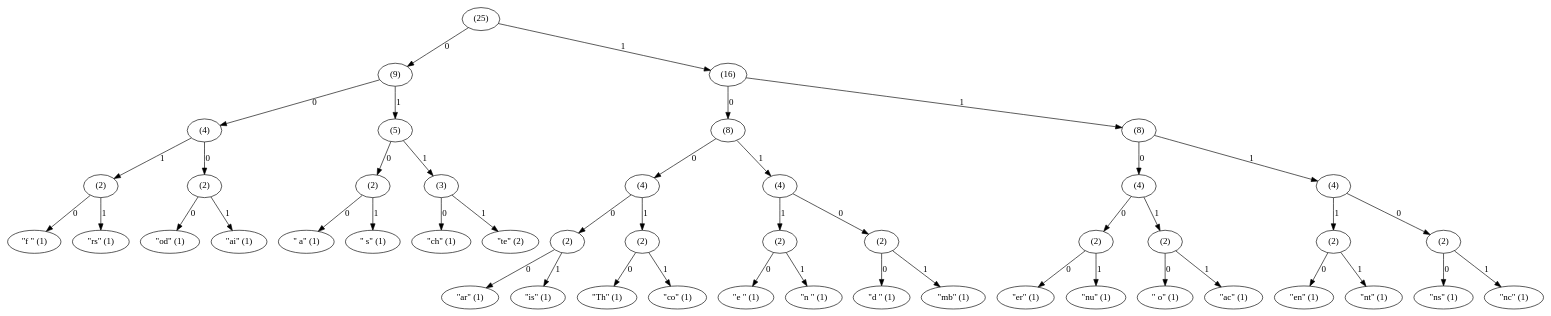
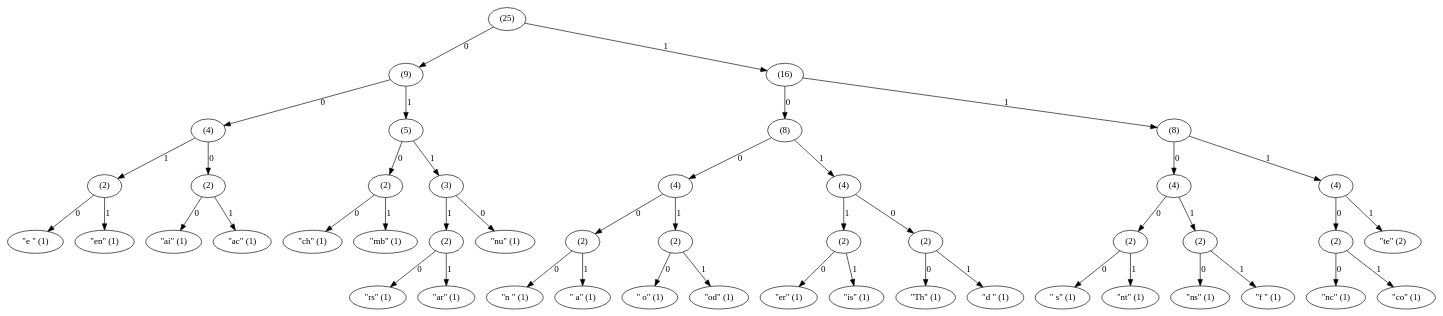
The diagram in examples/double-odd.dot (dgoffredo/huffer), drawn with Graphviz before and after one commit. The commit also changed 14 other files, not shown here.

```diff
--- a/examples/double-odd.dot
+++ b/examples/double-odd.dot
@@ -1,96 +1,96 @@
 # Input has 1 extra trailing bytes: 0x2e
 digraph {
+  leaf_0x7273 [label="\"rs\" (1)"];
+  leaf_0x6172 [label="\"ar\" (1)"];
+  internal_0 -> leaf_0x7273 [label="0"];
+  internal_0 -> leaf_0x6172 [label="1"];
+  leaf_0x6368 [label="\"ch\" (1)"];
+  leaf_0x6d62 [label="\"mb\" (1)"];
+  internal_1 -> leaf_0x6368 [label="0"];
+  internal_1 -> leaf_0x6d62 [label="1"];
+  leaf_0x6e20 [label="\"n \" (1)"];
   leaf_0x2061 [label="\" a\" (1)"];
+  internal_2 -> leaf_0x6e20 [label="0"];
+  internal_2 -> leaf_0x2061 [label="1"];
+  leaf_0x6520 [label="\"e \" (1)"];
+  leaf_0x656e [label="\"en\" (1)"];
+  internal_3 -> leaf_0x6520 [label="0"];
+  internal_3 -> leaf_0x656e [label="1"];
+  leaf_0x6169 [label="\"ai\" (1)"];
+  leaf_0x6163 [label="\"ac\" (1)"];
+  internal_4 -> leaf_0x6169 [label="0"];
+  internal_4 -> leaf_0x6163 [label="1"];
   leaf_0x2073 [label="\" s\" (1)"];
-  internal_0 -> leaf_0x2061 [label="0"];
-  internal_0 -> leaf_0x2073 [label="1"];
-  leaf_0x6172 [label="\"ar\" (1)"];
+  leaf_0x6e74 [label="\"nt\" (1)"];
+  internal_5 -> leaf_0x2073 [label="0"];
+  internal_5 -> leaf_0x6e74 [label="1"];
+  leaf_0x6e63 [label="\"nc\" (1)"];
+  leaf_0x636f [label="\"co\" (1)"];
+  internal_6 -> leaf_0x6e63 [label="0"];
+  internal_6 -> leaf_0x636f [label="1"];
+  leaf_0x6e73 [label="\"ns\" (1)"];
+  leaf_0x6620 [label="\"f \" (1)"];
+  internal_7 -> leaf_0x6e73 [label="0"];
+  internal_7 -> leaf_0x6620 [label="1"];
+  leaf_0x6572 [label="\"er\" (1)"];
   leaf_0x6973 [label="\"is\" (1)"];
-  internal_1 -> leaf_0x6172 [label="0"];
-  internal_1 -> leaf_0x6973 [label="1"];
-  leaf_0x6620 [label="\"f \" (1)"];
-  leaf_0x7273 [label="\"rs\" (1)"];
-  internal_2 -> leaf_0x6620 [label="0"];
-  internal_2 -> leaf_0x7273 [label="1"];
+  internal_8 -> leaf_0x6572 [label="0"];
+  internal_8 -> leaf_0x6973 [label="1"];
+  leaf_0x5468 [label="\"Th\" (1)"];
+  leaf_0x6420 [label="\"d \" (1)"];
+  internal_9 -> leaf_0x5468 [label="0"];
+  internal_9 -> leaf_0x6420 [label="1"];
+  leaf_0x206f [label="\" o\" (1)"];
   leaf_0x6f64 [label="\"od\" (1)"];
-  leaf_0x6169 [label="\"ai\" (1)"];
-  internal_3 -> leaf_0x6f64 [label="0"];
-  internal_3 -> leaf_0x6169 [label="1"];
-  leaf_0x6572 [label="\"er\" (1)"];
+  internal_10 -> leaf_0x206f [label="0"];
+  internal_10 -> leaf_0x6f64 [label="1"];
   leaf_0x6e75 [label="\"nu\" (1)"];
-  internal_4 -> leaf_0x6572 [label="0"];
-  internal_4 -> leaf_0x6e75 [label="1"];
-  leaf_0x656e [label="\"en\" (1)"];
-  leaf_0x6e74 [label="\"nt\" (1)"];
-  internal_5 -> leaf_0x656e [label="0"];
-  internal_5 -> leaf_0x6e74 [label="1"];
-  leaf_0x6e73 [label="\"ns\" (1)"];
-  leaf_0x6e63 [label="\"nc\" (1)"];
-  internal_6 -> leaf_0x6e73 [label="0"];
-  internal_6 -> leaf_0x6e63 [label="1"];
-  leaf_0x206f [label="\" o\" (1)"];
-  leaf_0x6163 [label="\"ac\" (1)"];
-  internal_7 -> leaf_0x206f [label="0"];
-  internal_7 -> leaf_0x6163 [label="1"];
-  leaf_0x6520 [label="\"e \" (1)"];
-  leaf_0x6e20 [label="\"n \" (1)"];
-  internal_8 -> leaf_0x6520 [label="0"];
-  internal_8 -> leaf_0x6e20 [label="1"];
-  leaf_0x6420 [label="\"d \" (1)"];
-  leaf_0x6d62 [label="\"mb\" (1)"];
-  internal_9 -> leaf_0x6420 [label="0"];
-  internal_9 -> leaf_0x6d62 [label="1"];
-  leaf_0x5468 [label="\"Th\" (1)"];
-  leaf_0x636f [label="\"co\" (1)"];
-  internal_10 -> leaf_0x5468 [label="0"];
-  internal_10 -> leaf_0x636f [label="1"];
-  leaf_0x6368 [label="\"ch\" (1)"];
-  leaf_0x7465 [label="\"te\" (2)"];
-  internal_11 -> leaf_0x6368 [label="0"];
-  internal_11 -> leaf_0x7465 [label="1"];
-  internal_1 [label="(2)"];
+  internal_0 [label="(2)"];
+  internal_11 -> leaf_0x6e75 [label="0"];
+  internal_11 -> internal_0 [label="1"];
+  internal_2 [label="(2)"];
   internal_10 [label="(2)"];
-  internal_12 -> internal_1 [label="0"];
+  internal_12 -> internal_2 [label="0"];
   internal_12 -> internal_10 [label="1"];
+  internal_4 [label="(2)"];
   internal_3 [label="(2)"];
-  internal_2 [label="(2)"];
-  internal_13 -> internal_3 [label="0"];
-  internal_13 -> internal_2 [label="1"];
-  internal_4 [label="(2)"];
+  internal_13 -> internal_4 [label="0"];
+  internal_13 -> internal_3 [label="1"];
+  internal_5 [label="(2)"];
   internal_7 [label="(2)"];
-  internal_14 -> internal_4 [label="0"];
+  internal_14 -> internal_5 [label="0"];
   internal_14 -> internal_7 [label="1"];
   internal_6 [label="(2)"];
-  internal_5 [label="(2)"];
+  leaf_0x7465 [label="\"te\" (2)"];
   internal_15 -> internal_6 [label="0"];
-  internal_15 -> internal_5 [label="1"];
+  internal_15 -> leaf_0x7465 [label="1"];
   internal_9 [label="(2)"];
   internal_8 [label="(2)"];
   internal_16 -> internal_9 [label="0"];
   internal_16 -> internal_8 [label="1"];
-  internal_0 [label="(2)"];
+  internal_1 [label="(2)"];
   internal_11 [label="(3)"];
-  internal_17 -> internal_0 [label="0"];
+  internal_17 -> internal_1 [label="0"];
   internal_17 -> internal_11 [label="1"];
   internal_12 [label="(4)"];
   internal_16 [label="(4)"];
   internal_18 -> internal_12 [label="0"];
   internal_18 -> internal_16 [label="1"];
   internal_14 [label="(4)"];
   internal_15 [label="(4)"];
   internal_19 -> internal_14 [label="0"];
   internal_19 -> internal_15 [label="1"];
   internal_13 [label="(4)"];
   internal_17 [label="(5)"];
   internal_20 -> internal_13 [label="0"];
   internal_20 -> internal_17 [label="1"];
   internal_18 [label="(8)"];
   internal_19 [label="(8)"];
   internal_21 -> internal_18 [label="0"];
   internal_21 -> internal_19 [label="1"];
   internal_20 [label="(9)"];
   internal_21 [label="(16)"];
   internal_22 -> internal_20 [label="0"];
   internal_22 -> internal_21 [label="1"];
   internal_22 [label="(25)"];
 }
```
